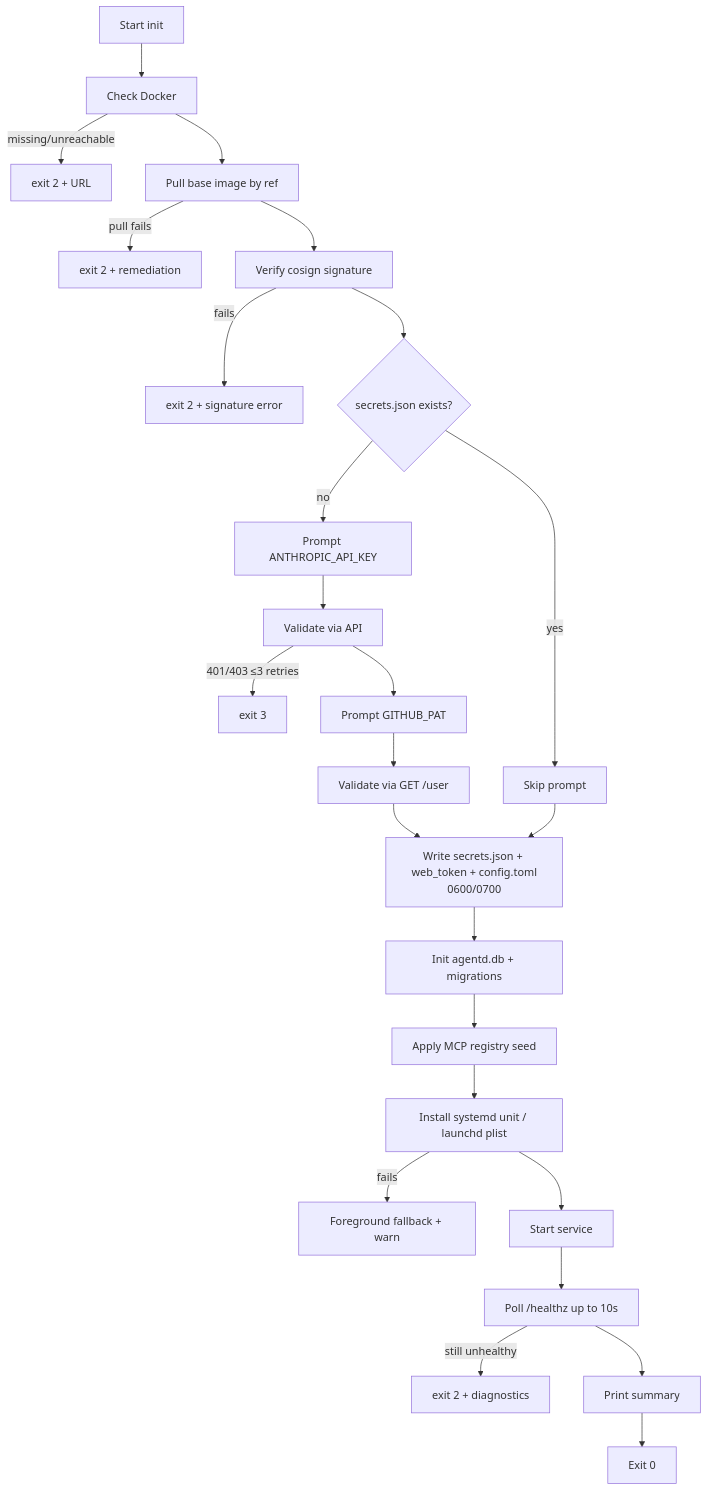
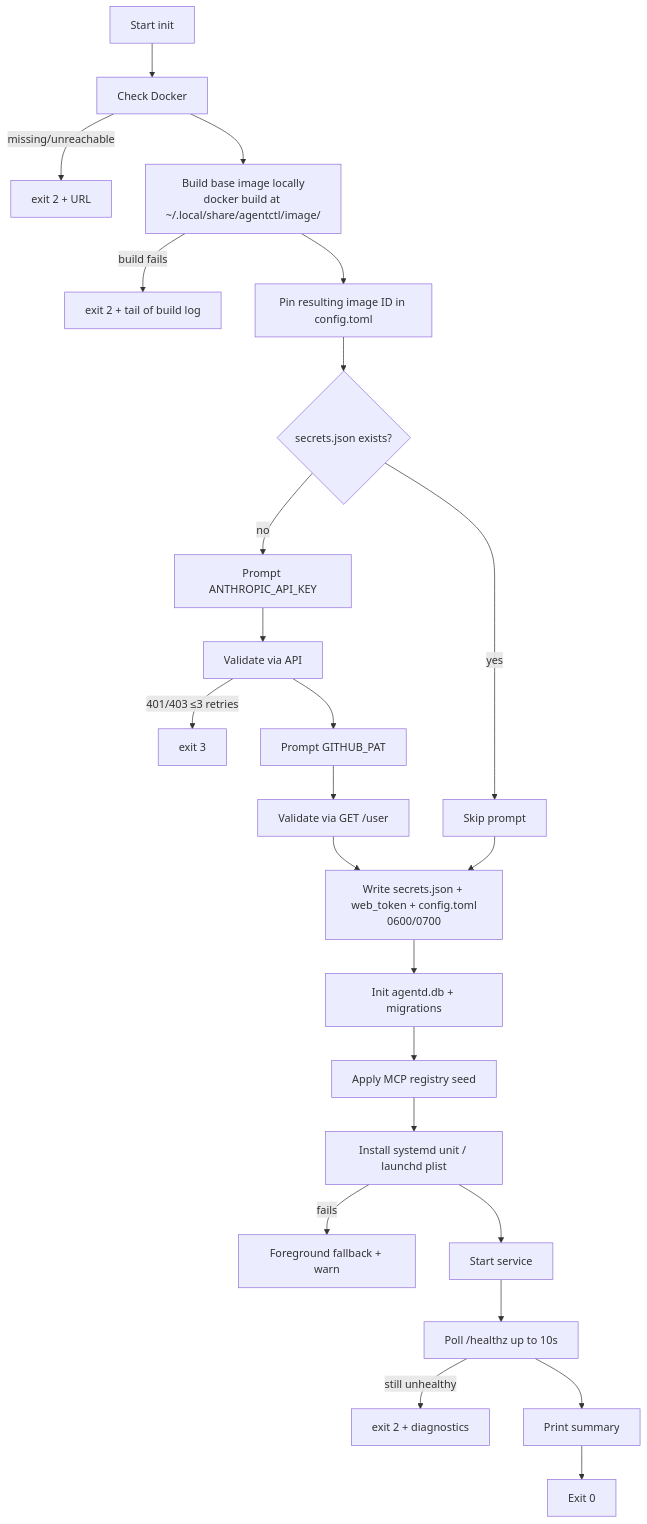
Before and after one commit to vipulsodha15/agentctl: the diagram in architecture/install-and-update.md, drawn with Mermaid. The commit also changed other lines of this file and 10 other files, not shown here.

First line of the commit message:
Local image build + bind-mounted skills (no remote registry)

````diff
--- a/architecture/install-and-update.md
+++ b/architecture/install-and-update.md
@@ -138,27 +148,26 @@
 ```mermaid
 flowchart TD
   A[Start init] --> B[Check Docker]
   B -- "missing/unreachable" --> Bx[exit 2 + URL]
-  B --> C[Pull base image by ref]
-  C -- "pull fails" --> Cx[exit 2 + remediation]
-  C --> D[Verify cosign signature]
-  D -- "fails" --> Dx[exit 2 + signature error]
+  B --> C[Build base image locally<br/>docker build at ~/.local/share/agentctl/image/]
+  C -- "build fails" --> Cx[exit 2 + tail of build log]
+  C --> D[Pin resulting image ID in config.toml]
   D --> E{secrets.json exists?}
   E -- "no" --> F[Prompt ANTHROPIC_API_KEY]
   E -- "yes" --> G[Skip prompt]
   F --> F1[Validate via API]
   F1 -- "401/403 ≤3 retries" --> Fx[exit 3]
   F1 --> H[Prompt GITHUB_PAT]
   H --> H1[Validate via GET /user]
   H1 --> I[Write secrets.json + web_token + config.toml<br/>0600/0700]
   G --> I
   I --> J[Init agentd.db + migrations]
   J --> K[Apply MCP registry seed]
   K --> L[Install systemd unit / launchd plist]
   L -- "fails" --> Lx[Foreground fallback + warn]
   L --> M[Start service]
   M --> N[Poll /healthz up to 10s]
   N -- "still unhealthy" --> Nx[exit 2 + diagnostics]
   N --> O[Print summary]
   O --> Z[Exit 0]
 ```
````
